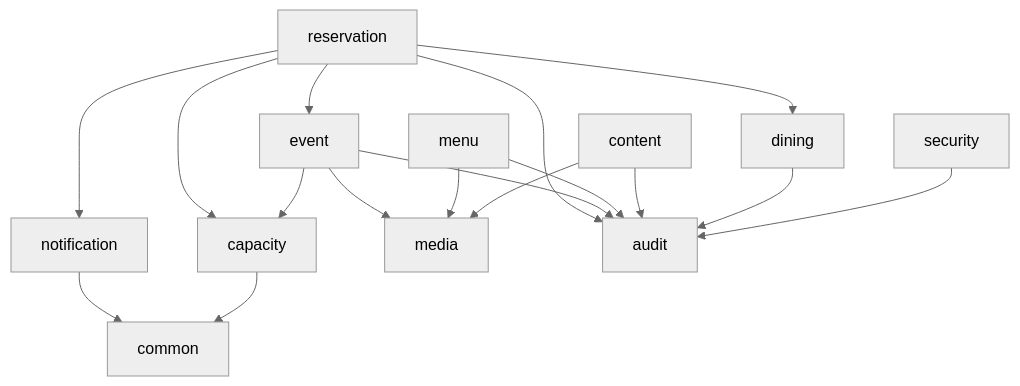
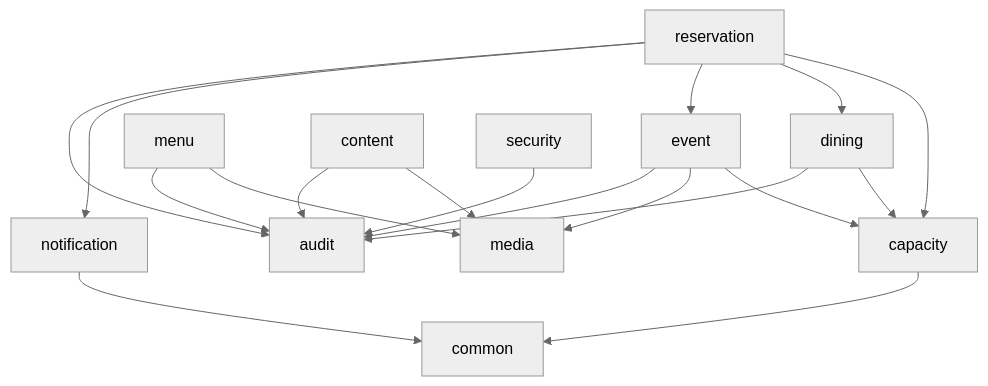
One commit to antonio-de-santis-dev/FireFlies changed the third of 3 diagrams in docs/architecture/SYSTEM_CONTEXT.md. Above: the diagram before and after it, drawn with Mermaid (neutral theme). The commit also changed other lines of this file and 13 other files, not shown here.

````diff
--- a/docs/architecture/SYSTEM_CONTEXT.md
+++ b/docs/architecture/SYSTEM_CONTEXT.md
@@ -115,19 +116,20 @@
 ```mermaid
 flowchart TD
   reservation --> capacity
+  dining --> capacity
   reservation --> dining
   reservation --> event
   reservation --> notification
   event --> capacity
   event --> media
   menu --> media
   content --> media
   reservation --> audit
   event --> audit
   menu --> audit
   content --> audit
   dining --> audit
   security --> audit
   notification --> common
   capacity --> common
 ```
````
